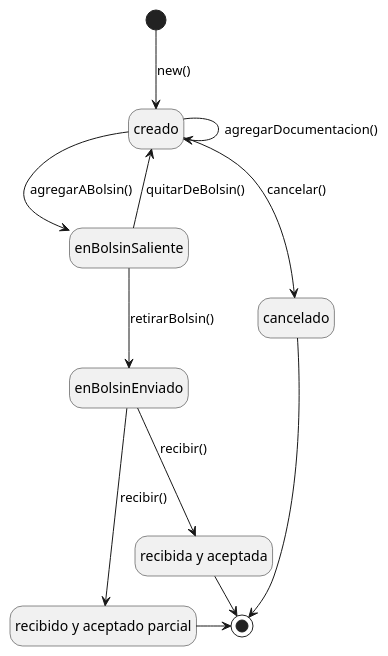
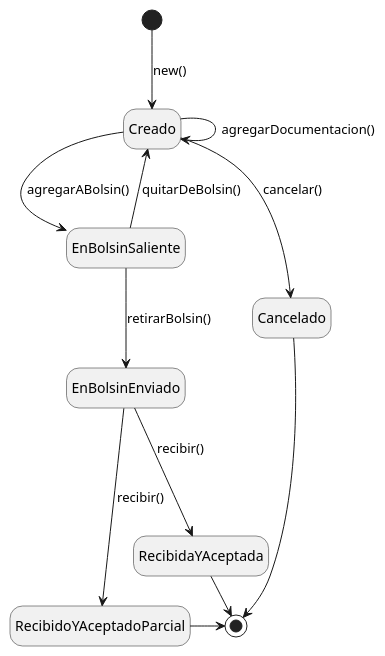
One commit to JuanjoCasas/PPAI-Bolsin changed the diagram in doc/CU28_RegistrarRecepcionDeBolsin/ME_Remito.puml. Above: the diagram before and after it, drawn with PlantUML. The commit also changed 1 other file, not shown here.

Commit message:
Cambios UML 2.0

```diff
--- a/doc/CU28_RegistrarRecepcionDeBolsin/ME_Remito.puml
+++ b/doc/CU28_RegistrarRecepcionDeBolsin/ME_Remito.puml
@@ -1,25 +1,25 @@
 @startuml "Maquina de estado del Bolsin"
 hide empty description
 
-[*] --> creado : new()
-creado -> creado : agregarDocumentacion()
-creado --> enBolsinSaliente : agregarABolsin()
-creado --> cancelado : cancelar()
+[*] --> Creado : new()
+Creado -> Creado : agregarDocumentacion()
+Creado --> EnBolsinSaliente : agregarABolsin()
+Creado --> Cancelado : cancelar()
 
-enBolsinSaliente -> creado : quitarDeBolsin()
-enBolsinSaliente --> enBolsinEnviado : retirarBolsin()
+EnBolsinSaliente -> Creado : quitarDeBolsin()
+EnBolsinSaliente --> EnBolsinEnviado : retirarBolsin()
 
-state "recibida y aceptada" as recYAcep
-state "recibido y aceptado parcial" as recYAcepParc
+state "RecibidaYAceptada" as RecYAcep
+state "RecibidoYAceptadoParcial" as RecYAcepParc
 
-enBolsinEnviado --> recYAcep : recibir()
-enBolsinEnviado ---> recYAcepParc : recibir()
+EnBolsinEnviado --> RecYAcep : recibir()
+EnBolsinEnviado ---> RecYAcepParc : recibir()
 
-recYAcep -> [*]
-recYAcepParc -> [*]
+RecYAcep -> [*]
+RecYAcepParc -> [*]
 
-cancelado -> [*]
+Cancelado -> [*]
 
 
 
 @enduml
```
